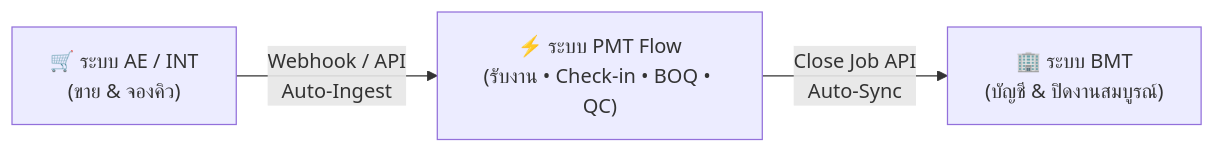
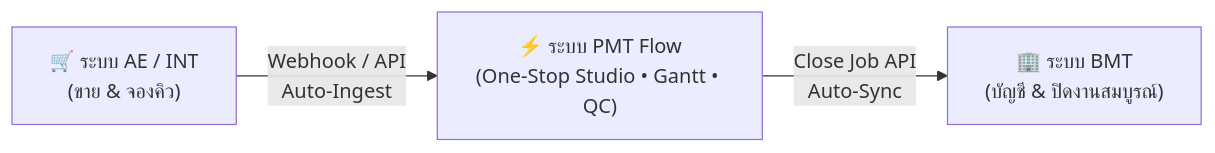
Before and after one commit to isarachootip/pmt_flow: the first of 2 diagrams in doc/PMT_Flow_User_Training_Manual.md, drawn with Mermaid. The commit also changed other lines of this file and 6 other files, not shown here.

Commit message:
feat: integrate Step 2 Design & Step 3 BOQ into Step 1 Unified Order Studio with 1-click proceed and sync docs

````diff
--- a/doc/PMT_Flow_User_Training_Manual.md
+++ b/doc/PMT_Flow_User_Training_Manual.md
@@ -24,5 +26,5 @@
 ```mermaid
 flowchart LR
-    A["🛒 ระบบ AE / INT<br/>(ขาย & จองคิว)"] -->|"Webhook / API<br/>Auto-Ingest"| B["⚡ ระบบ PMT Flow<br/>(รับงาน • Check-in • BOQ • QC)"]
+    A["🛒 ระบบ AE / INT<br/>(ขาย & จองคิว)"] -->|"Webhook / API<br/>Auto-Ingest"| B["⚡ ระบบ PMT Flow<br/>(One-Stop Studio • Gantt • QC)"]
     B -->|"Close Job API<br/>Auto-Sync"| C["🏢 ระบบ BMT<br/>(บัญชี & ปิดงานสมบูรณ์)"]
 ```
````
